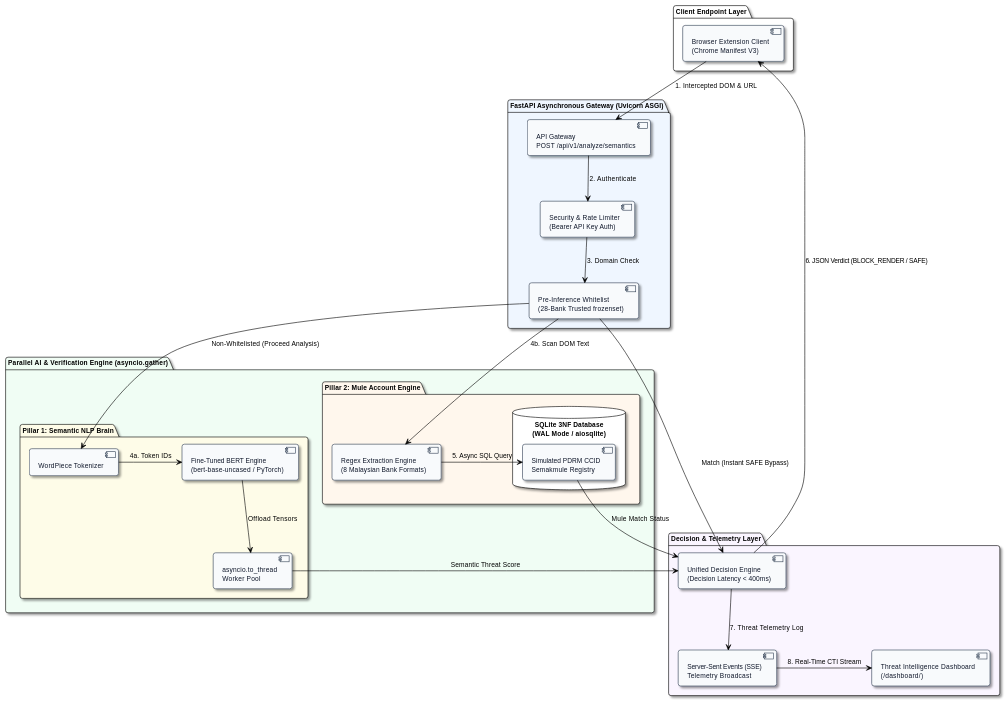
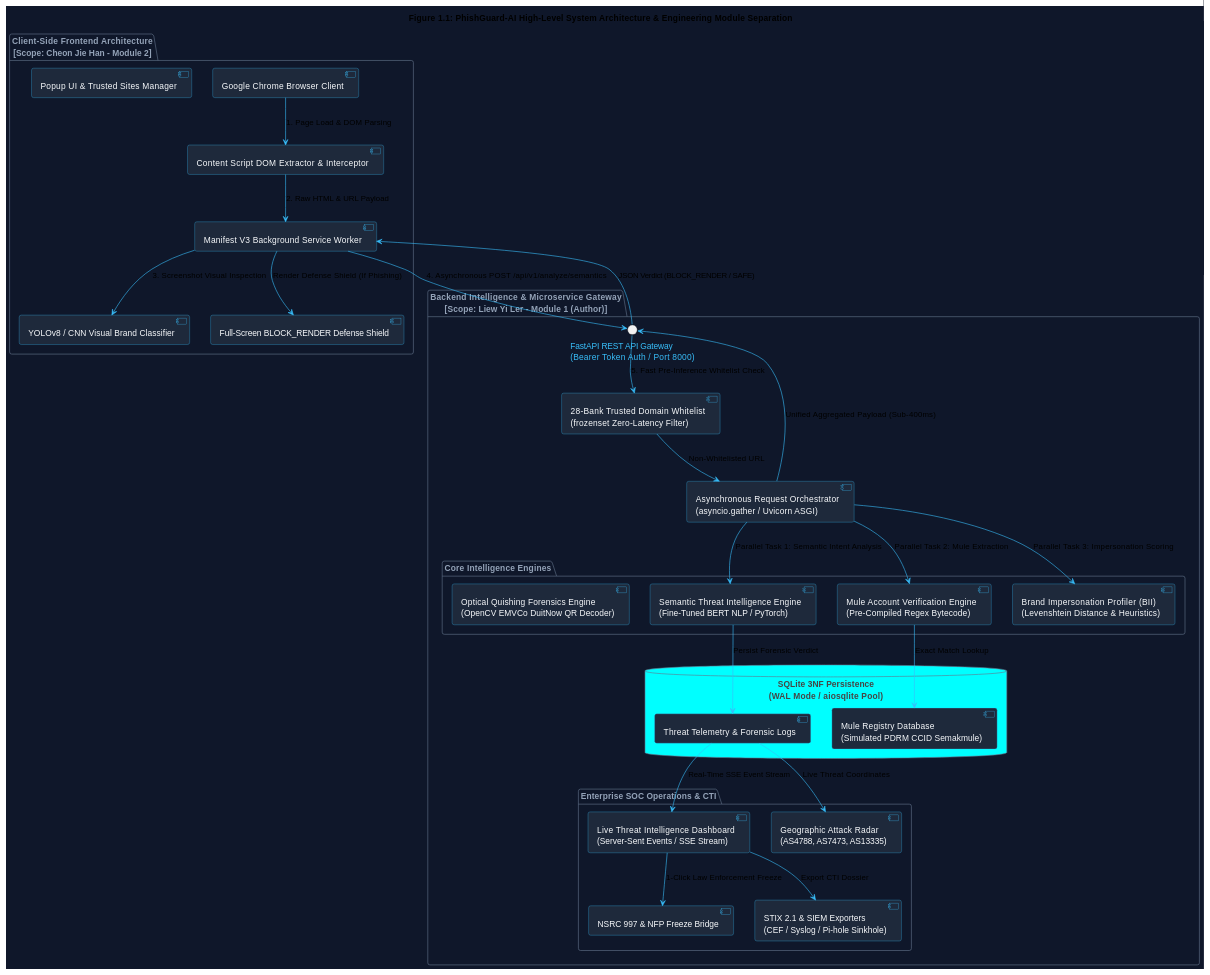
Before and after one commit to KunTheNoobie/PhishGuard-AI-Complete: the second of 4 diagrams in report/Chapter_1_Introduction.md, drawn with PlantUML. The commit also changed other lines of this file and 2 other files, not shown here.

Commit message:
docs(report): complete Front Matter and Chapter 1 Introduction with rigorous academic expansion and embedded PlantUML diagrams

````diff
--- a/report/Chapter_1_Introduction.md
+++ b/report/Chapter_1_Introduction.md
@@ -195,66 +278,69 @@
 ```plantuml
-@startuml Figure_1_2_Backend_Architecture
-!theme plain
-skinparam backgroundColor #FFFFFF
-skinparam defaultFontName "Arial"
-skinparam defaultFontSize 11
-skinparam shadowing true
-skinparam roundCorner 8
+@startuml System_Architecture_Chapter_1
+!theme vibrant
+skinparam backgroundColor #0f172a
+skinparam ArrowColor #38bdf8
+skinparam ComponentBorderColor #38bdf8
+skinparam ComponentBackgroundColor #1e293b
+skinparam ComponentFontColor #f8fafc
+skinparam InterfaceFontColor #38bdf8
+skinparam PackageBorderColor #64748b
+skinparam PackageFontColor #94a3b8
 
-skinparam component {
-    BackgroundColor #F8FAFC
-    BorderColor #334155
-    FontColor #0F172A
+title Figure 1.1: PhishGuard-AI High-Level System Architecture & Engineering Module Separation
+
+package "Client-Side Frontend Architecture\n[Scope: Cheon Jie Han - Module 2]" {
+    [Google Chrome Browser Client] as ChromeClient
+    [Manifest V3 Background Service Worker] as ServiceWorker
+    [Content Script DOM Extractor & Interceptor] as ContentScript
+    [YOLOv8 / CNN Visual Brand Classifier] as VisualEngine
+    [Popup UI & Trusted Sites Manager] as PopupUI
+    [Full-Screen BLOCK_RENDER Defense Shield] as BlockOverlay
 }
 
-package "Client Endpoint Layer" {
-    [Browser Extension Client\n(Chrome Manifest V3)] as Client
-}
-
-package "FastAPI Asynchronous Gateway (Uvicorn ASGI)" #EFF6FF {
-    [API Gateway\nPOST /api/v1/analyze/semantics] as Gateway
-    [Security & Rate Limiter\n(Bearer API Key Auth)] as Auth
-    [Pre-Inference Whitelist\n(28-Bank Trusted frozenset)] as Whitelist
-}
-
-package "Parallel AI & Verification Engine (asyncio.gather)" #F0FDF4 {
-    package "Pillar 1: Semantic NLP Brain" #FEFCE8 {
-        [WordPiece Tokenizer] as Tokenizer
-        [Fine-Tuned BERT Engine\n(bert-base-uncased / PyTorch)] as BERT
-        [asyncio.to_thread\nWorker Pool] as WorkerPool
+package "Backend Intelligence & Microservice Gateway\n[Scope: Liew Yi Ler - Module 1 (Author)]" {
+    interface "FastAPI REST API Gateway\n(Bearer Token Auth / Port 8000)" as APIGateway
+    [Asynchronous Request Orchestrator\n(asyncio.gather / Uvicorn ASGI)] as Orchestrator
+    [28-Bank Trusted Domain Whitelist\n(frozenset Zero-Latency Filter)] as WhitelistEngine
+    
+    package "Core Intelligence Engines" {
+        [Semantic Threat Intelligence Engine\n(Fine-Tuned BERT NLP / PyTorch)] as BERTEngine
+        [Mule Account Verification Engine\n(Pre-Compiled Regex Bytecode)] as RegexEngine
+        [Brand Impersonation Profiler (BII)\n(Levenshtein Distance & Heuristics)] as BrandProfiler
+        [Optical Quishing Forensics Engine\n(OpenCV EMVCo DuitNow QR Decoder)] as QuishingEngine
     }
     
-    package "Pillar 2: Mule Account Engine" #FFF7ED {
-        [Regex Extraction Engine\n(8 Malaysian Bank Formats)] as Regex
-        database "SQLite 3NF Database\n(WAL Mode / aiosqlite)" as DB {
-            [Simulated PDRM CCID\nSemakmule Registry] as MuleDB
-        }
+    database "SQLite 3NF Persistence\n(WAL Mode / aiosqlite Pool)" {
+        [Mule Registry Database\n(Simulated PDRM CCID Semakmule)] as MuleDB
+        [Threat Telemetry & Forensic Logs] as TelemetryDB
+    }
+
+    package "Enterprise SOC Operations & CTI" {
+        [Live Threat Intelligence Dashboard\n(Server-Sent Events / SSE Stream)] as Dashboard
+        [Geographic Attack Radar\n(AS4788, AS7473, AS13335)] as GeoRadar
+        [NSRC 997 & NFP Freeze Bridge] as NFPBridge
+        [STIX 2.1 & SIEM Exporters\n(CEF / Syslog / Pi-hole Sinkhole)] as SIEMExporter
     }
 }
 
-package "Decision & Telemetry Layer" #FAF5FF {
-    [Unified Decision Engine\n(Decision Latency < 400ms)] as Decision
-    [Server-Sent Events (SSE)\nTelemetry Broadcast] as SSE
-    [Threat Intelligence Dashboard\n(/dashboard/)] as Dashboard
-}
+ChromeClient --> ContentScript : 1. Page Load & DOM Parsing
+ContentScript --> ServiceWorker : 2. Raw HTML & URL Payload
+ServiceWorker --> VisualEngine : 3. Screenshot Visual Inspection
+ServiceWorker --> APIGateway : 4. Asynchronous POST /api/v1/analyze/semantics
+APIGateway --> WhitelistEngine : 5. Fast Pre-Inference Whitelist Check
+WhitelistEngine --> Orchestrator : Non-Whitelisted URL
+Orchestrator --> BERTEngine : Parallel Task 1: Semantic Intent Analysis
+Orchestrator --> RegexEngine : Parallel Task 2: Mule Extraction
+RegexEngine --> MuleDB : Exact Match Lookup
+Orchestrator --> BrandProfiler : Parallel Task 3: Impersonation Scoring
+BERTEngine --> TelemetryDB : Persist Forensic Verdict
+Orchestrator --> APIGateway : Unified Aggregated Payload (Sub-400ms)
+APIGateway --> ServiceWorker : JSON Verdict (BLOCK_RENDER / SAFE)
+ServiceWorker --> BlockOverlay : Render Defense Shield (If Phishing)
+TelemetryDB --> Dashboard : Real-Time SSE Event Stream
+TelemetryDB --> GeoRadar : Live Threat Coordinates
+Dashboard --> NFPBridge : 1-Click Law Enforcement Freeze
+Dashboard --> SIEMExporter : Export CTI Dossier
 
-Client -down-> Gateway : 1. Intercepted DOM & URL
-Gateway -down-> Auth : 2. Authenticate
-Auth -down-> Whitelist : 3. Domain Check
-
-Whitelist -down-> Decision : Match (Instant SAFE Bypass)
-Whitelist -down-> Tokenizer : Non-Whitelisted (Proceed Analysis)
-
-Tokenizer -right-> BERT : 4a. Token IDs
-BERT -down-> WorkerPool : Offload Tensors
-WorkerPool -down-> Decision : Semantic Threat Score
-
-Whitelist -down-> Regex : 4b. Scan DOM Text
-Regex -right-> MuleDB : 5. Async SQL Query
-MuleDB -down-> Decision : Mule Match Status
-
-Decision -down-> Client : 6. JSON Verdict (BLOCK_RENDER / SAFE)
-Decision -down-> SSE : 7. Threat Telemetry Log
-SSE -right-> Dashboard : 8. Real-Time CTI Stream
 @enduml
 ```
````
